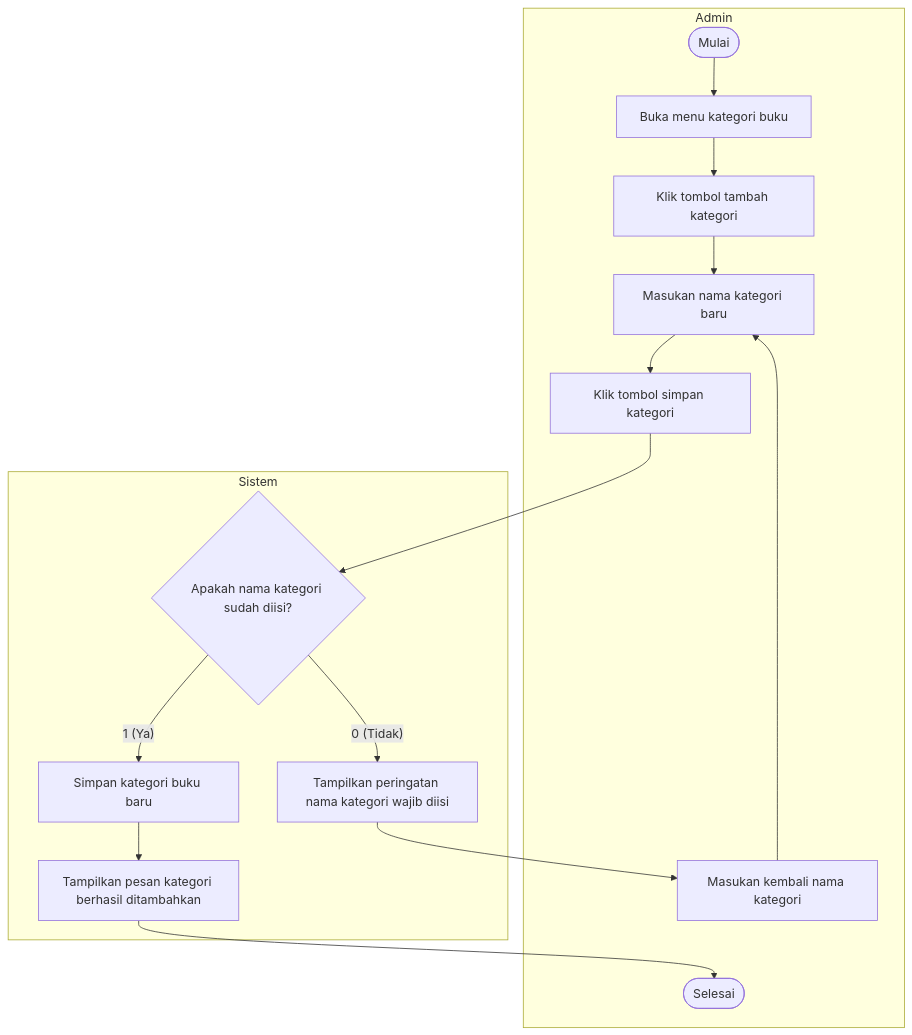
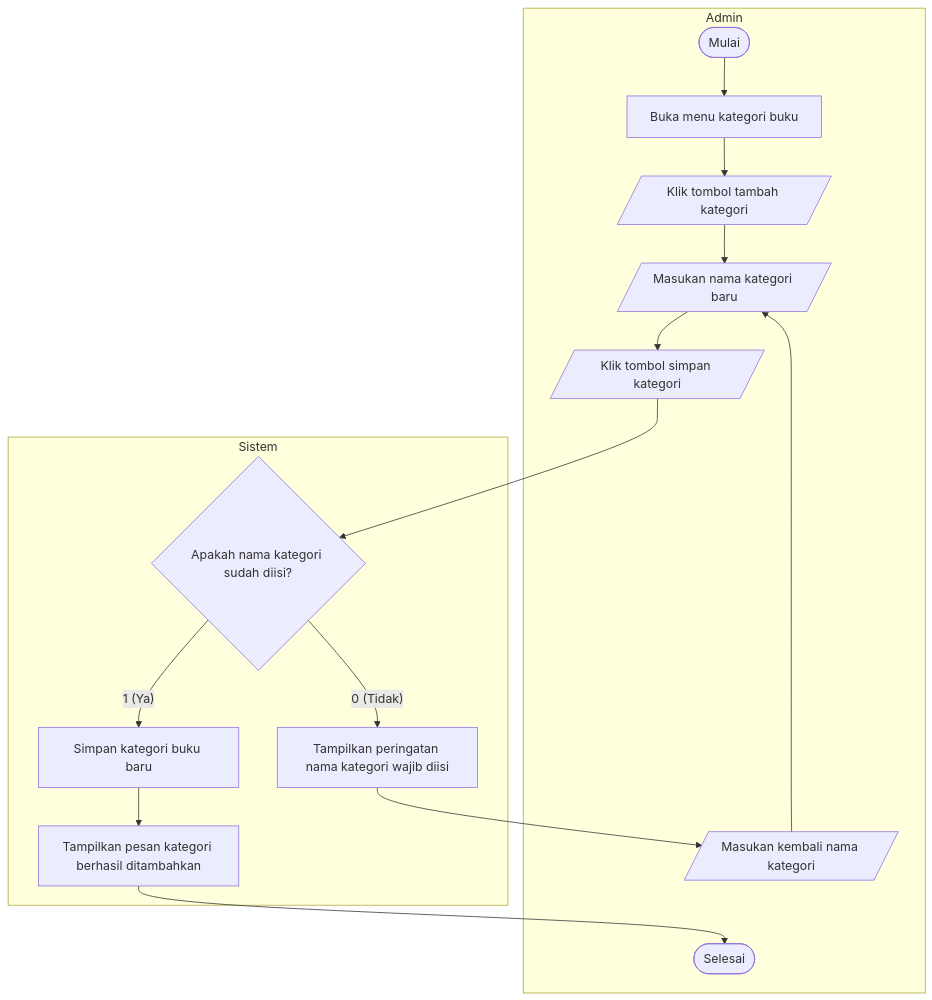
The diagram in docs/uml/src/diagrams/list-diagrams/activity-createcategory.mmd (dimstyle/ruang-baca), drawn with Mermaid before and after one commit. The commit also changed 78 other files, not shown here.

Commit message:
docs(uml): use parallelogram shape for input and button actions in flowchart and activity diagrams

```diff
--- a/docs/uml/src/diagrams/list-diagrams/activity-createcategory.mmd
+++ b/docs/uml/src/diagrams/list-diagrams/activity-createcategory.mmd
@@ -1,18 +1,18 @@
 flowchart TD
     subgraph Admin["Admin"]
         start(["Mulai"]) --> openMenu["Buka menu kategori buku"]
-        openMenu --> clickAdd["Klik tombol tambah kategori"]
-        clickAdd --> inputName["Masukan nama kategori baru"]
-        inputName --> clickSave["Klik tombol simpan kategori"]
-        fixName["Masukan kembali nama kategori"] --> inputName
+        openMenu --> clickAdd[/"Klik tombol tambah kategori"/]
+        clickAdd --> inputName[/"Masukan nama kategori baru"/]
+        inputName --> clickSave[/"Klik tombol simpan kategori"/]
+        fixName[/"Masukan kembali nama kategori"/] --> inputName
         finish(["Selesai"])
     end
 
     subgraph Sistem["Sistem"]
         clickSave --> checkValid{"Apakah nama kategori sudah diisi?"}
         checkValid -->|"0 (Tidak)"| warnInvalid["Tampilkan peringatan nama kategori wajib diisi"]
         warnInvalid --> fixName
         checkValid -->|"1 (Ya)"| saveCat["Simpan kategori buku baru"]
         saveCat --> created["Tampilkan pesan kategori berhasil ditambahkan"]
         created --> finish
     end
```
